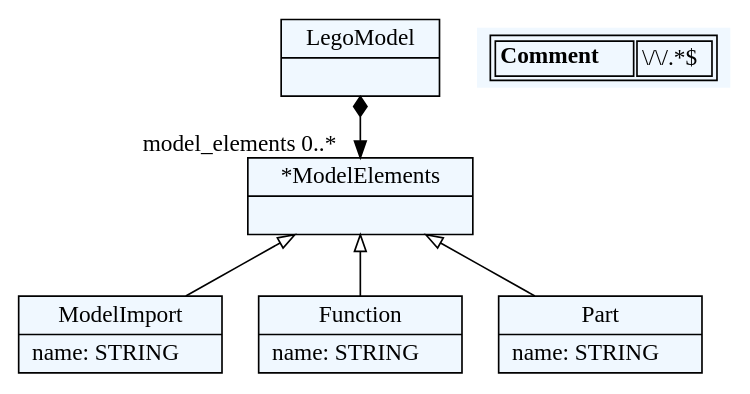
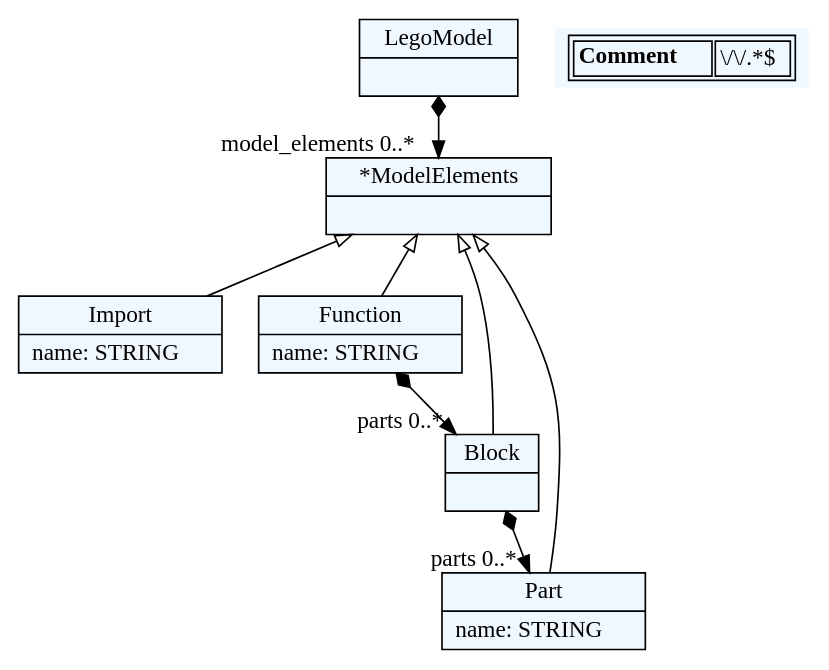
The diagram in opensdraw2/opensdraw.dot (MarkVerbeek91/OpenSdraw2), drawn with Graphviz before and after one commit. The commit also changed 7 other files, not shown here.

```diff
--- a/opensdraw2/opensdraw.dot
+++ b/opensdraw2/opensdraw.dot
@@ -1,37 +1,42 @@
 
     digraph textX {
     fontname = "Bitstream Vera Sans"
     fontsize = 8
     node[
         shape=record,
         style=filled,
         fillcolor=aliceblue
     ]
     nodesep = 0.3
     edge[dir=black,arrowtail=empty]
 
 
-2730953488032[ label="{LegoModel|}"]
+2412423890032[ label="{LegoModel|}"]
 
-2730953485200[ label="{*ModelElements|}"]
+2412423898528[ label="{*ModelElements|}"]
 
-2730953492752[ label="{ModelImport|name: STRING\l}"]
+2412423894752[ label="{Import|name: STRING\l}"]
 
-2730953487088[ label="{Function|name: STRING\l}"]
+2412423879648[ label="{Function|name: STRING\l}"]
 
-2730953497472[ label="{Part|name: STRING\l}"]
+2412423872096[ label="{Part|name: STRING\l}"]
+
+2412423882480[ label="{Block|}"]
 
 
 
-2730953488032 -> 2730953485200[arrowtail=diamond, dir=both, headlabel="model_elements 0..*"]
-2730953485200 -> 2730953492752 [dir=back]
-2730953485200 -> 2730953487088 [dir=back]
-2730953485200 -> 2730953497472 [dir=back]
+2412423890032 -> 2412423898528[arrowtail=diamond, dir=both, headlabel="model_elements 0..*"]
+2412423898528 -> 2412423894752 [dir=back]
+2412423898528 -> 2412423879648 [dir=back]
+2412423898528 -> 2412423872096 [dir=back]
+2412423898528 -> 2412423882480 [dir=back]
+2412423879648 -> 2412423882480[arrowtail=diamond, dir=both, headlabel="parts 0..*"]
+2412423882480 -> 2412423872096[arrowtail=diamond, dir=both, headlabel="parts 0..*"]
 match_rules [ shape=plaintext, label=< <table>
 	<tr>
 		<td><b>Comment</b></td><td>\/\/.*$</td>
 	</tr>
 </table> >]
 
 
 }
```
